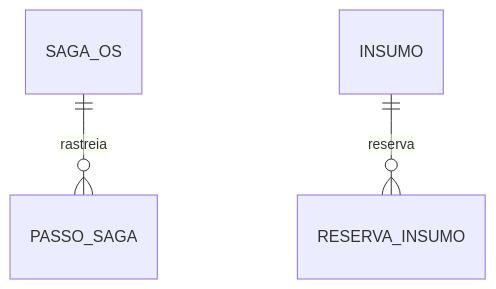
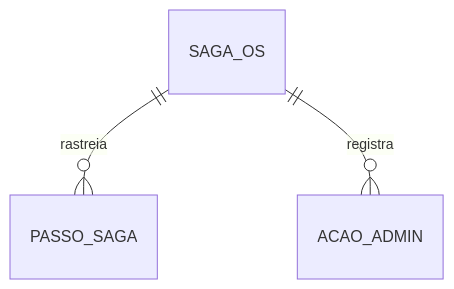
One commit to Grupo78-PosTech-15SOAT/AutoReparos changed the third of 3 diagrams in .specs/features/fase4/saga-compensacoes/plan.md. Above: the diagram before and after it, drawn with Mermaid. The commit also changed other lines of this file and 3 other files, not shown here.

Commit message:
📝 Registra as decisões D-11 a D-21 e aprova o plano saga-compensacoes com seus checks

````diff
--- a/.specs/features/fase4/saga-compensacoes/plan.md
+++ b/.specs/features/fase4/saga-compensacoes/plan.md
@@ -31,5 +45,5 @@
 ```mermaid
 erDiagram
     SAGA_OS ||--o{ PASSO_SAGA : rastreia
-    INSUMO ||--o{ RESERVA_INSUMO : reserva
+    SAGA_OS ||--o{ ACAO_ADMIN : registra
 ```
````
